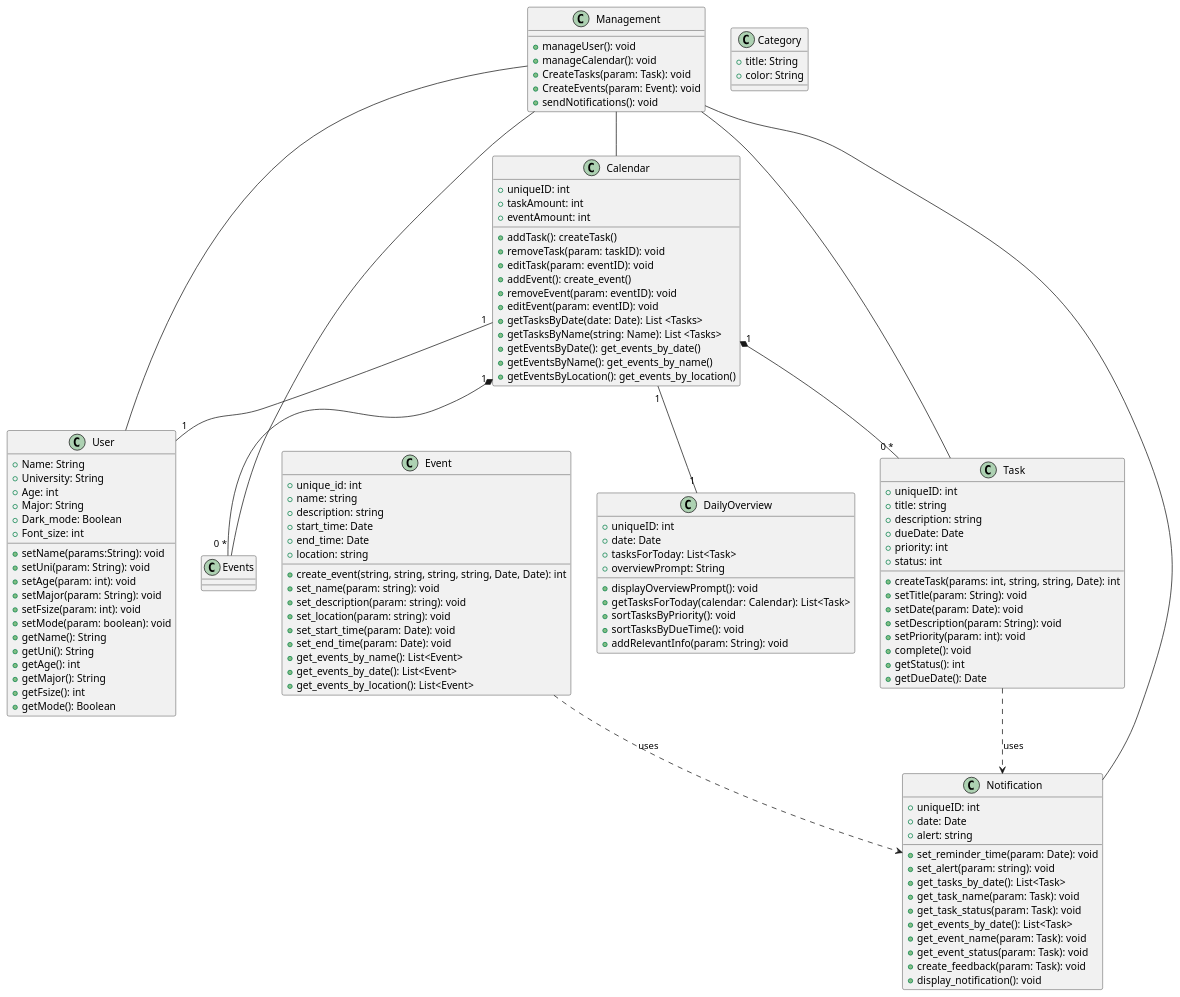
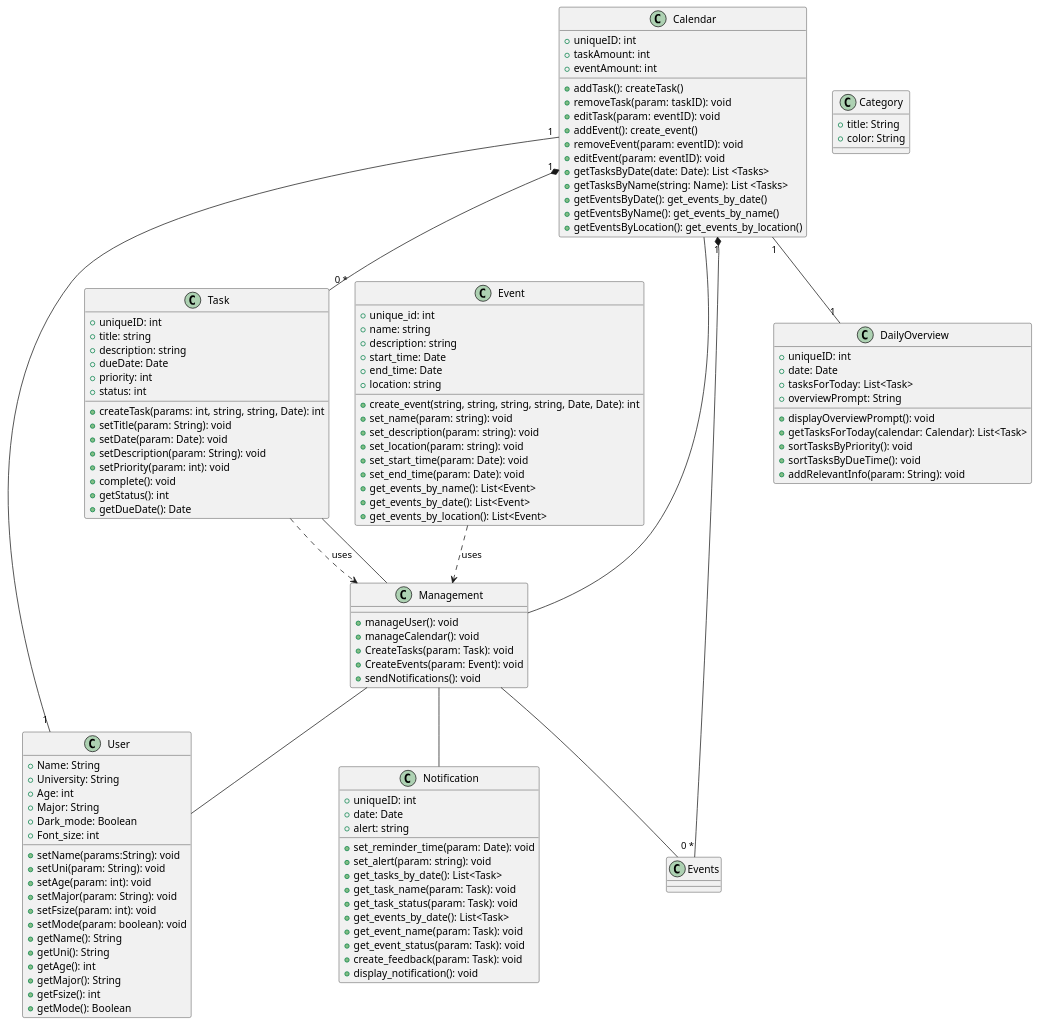
Before and after one commit to CS361-2024Fall-Term/Innovators: the diagram in assignment6/Diagram.puml, drawn with PlantUML.

```diff
--- a/assignment6/Diagram.puml
+++ b/assignment6/Diagram.puml
@@ -1,134 +1,134 @@
 @startuml
 
 class User {
   +Name: String
   +University: String
   +Age: int
   +Major: String
   +Dark_mode: Boolean
   +Font_size: int
   +setName(params:String): void
   +setUni(param: String): void
   +setAge(param: int): void
   +setMajor(param: String): void
   +setFsize(param: int): void
   +setMode(param: boolean): void
   +getName(): String
   +getUni(): String
   +getAge(): int
   +getMajor(): String
   +getFsize(): int
   +getMode(): Boolean
  
 }
 
 class Calendar {
   +uniqueID: int  
   +taskAmount: int
   +eventAmount: int
   +addTask(): createTask()
   +removeTask(param: taskID): void
   +editTask(param: eventID): void
   +addEvent(): create_event()
   +removeEvent(param: eventID): void
   +editEvent(param: eventID): void
   +getTasksByDate(date: Date): List <Tasks>
   +getTasksByName(string: Name): List <Tasks>
   +getEventsByDate(): get_events_by_date()
   +getEventsByName(): get_events_by_name()
   +getEventsByLocation(): get_events_by_location()
 }
 
 class Task {
   +uniqueID: int
   +title: string
   +description: string
   +dueDate: Date
   +priority: int
   +status: int
   +createTask(params: int, string, string, Date): int
   +setTitle(param: String): void
   +setDate(param: Date): void
   +setDescription(param: String): void
   +setPriority(param: int): void
   +complete(): void
   +getStatus(): int
   +getDueDate(): Date
 }
 
 class Category {
   +title: String
   +color: String
 }
 
 class Notification {
   +uniqueID: int  
   +date: Date
   +alert: string
   
   +set_reminder_time(param: Date): void
   +set_alert(param: string): void
   +get_tasks_by_date(): List<Task>
   +get_task_name(param: Task): void
   +get_task_status(param: Task): void
   +get_events_by_date(): List<Task>
   +get_event_name(param: Task): void
   +get_event_status(param: Task): void
   +create_feedback(param: Task): void
   +display_notification(): void
 }
 
 class Event {
   +unique_id: int  
   +name: string
   +description: string
   +start_time: Date
   +end_time: Date
   +location: string
   +create_event(string, string, string, string, Date, Date): int
   +set_name(param: string): void
   +set_description(param: string): void
   +set_location(param: string): void
   +set_start_time(param: Date): void
   +set_end_time(param: Date): void
   +get_events_by_name(): List<Event>
   +get_events_by_date(): List<Event>
   +get_events_by_location(): List<Event>
 }
 
 class DailyOverview {
     +uniqueID: int
     +date: Date
     +tasksForToday: List<Task>
     +overviewPrompt: String
 
     +displayOverviewPrompt(): void
     +getTasksForToday(calendar: Calendar): List<Task>
     +sortTasksByPriority(): void
     +sortTasksByDueTime(): void
     +addRelevantInfo(param: String): void
 }
 
 class Management {
   +manageUser(): void
   +manageCalendar(): void
   +CreateTasks(param: Task): void
   +CreateEvents(param: Event): void
   +sendNotifications(): void
 }
 
 Management -- User
 Management -- Calendar
 Management -- Task
 Management -- Events
 Management -- Notification
 
 Calendar "1" -- "1" User
 Calendar "1" *-- "0 *" Task
 Calendar "1" *-- "0 *" Events
-Task ..> Notification: uses
-Event ..> Notification: uses
+Task ..> Management: uses
+Event ..> Management: uses
 Calendar "1" -- "1" DailyOverview
 
 
 @enduml
```
